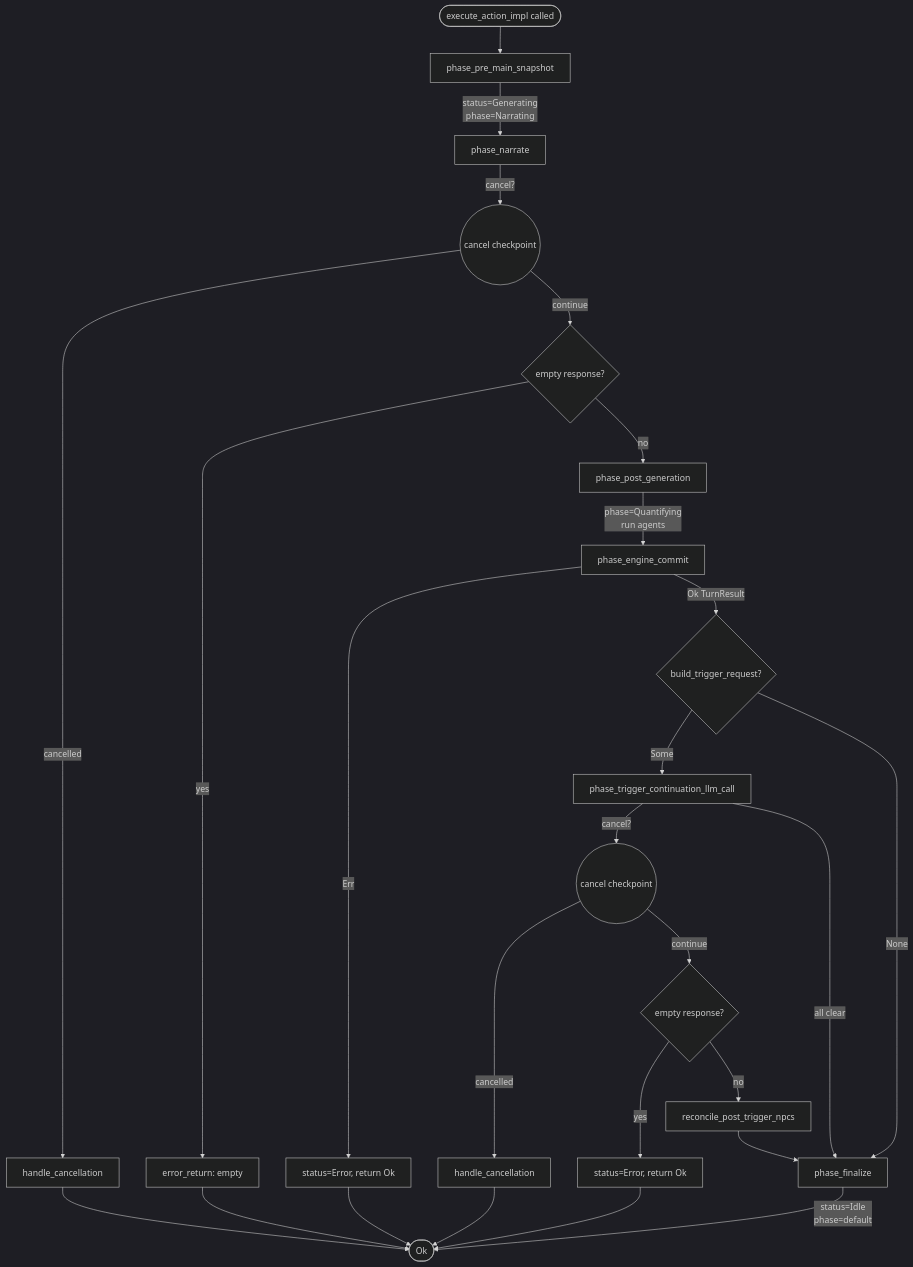
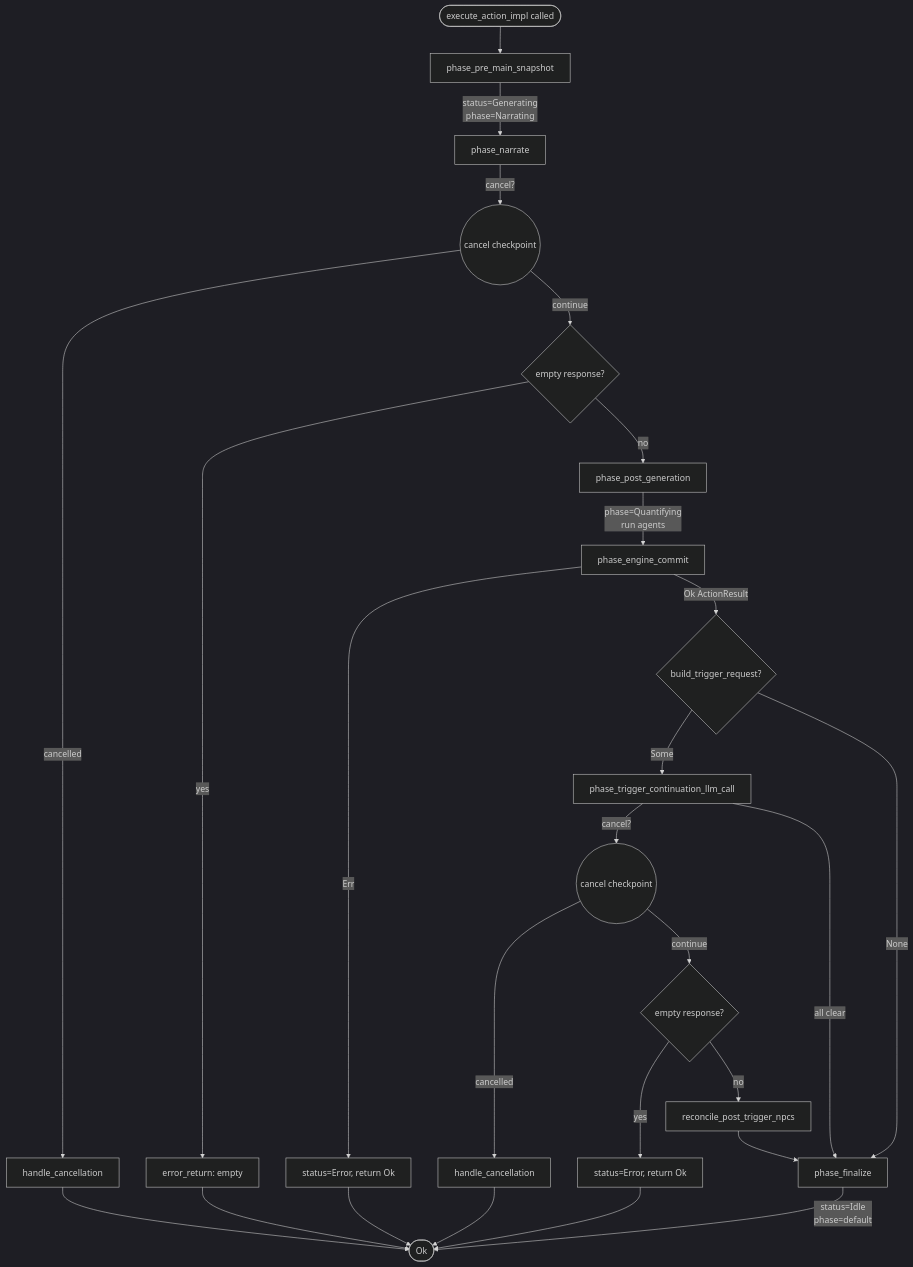
Before and after one commit to notsonormal/chronicler-engine: the second of 2 diagrams in chronicler_engine/docs/system/action_pipeline.md, drawn with Mermaid (dark theme). The commit also changed 62 other files, not shown here.

````diff
--- a/chronicler_engine/docs/system/action_pipeline.md
+++ b/chronicler_engine/docs/system/action_pipeline.md
@@ -69,28 +69,28 @@
 ```mermaid
 flowchart TD
     Start([execute_action_impl called]) --> Pre[phase_pre_main_snapshot]
     Pre -->|status=Generating<br/>phase=Narrating| Narrate[phase_narrate]
     Narrate -->|cancel?| CC1((cancel checkpoint))
     CC1 -->|cancelled| HC1[handle_cancellation]
     CC1 -->|continue| EmptyCheck{empty response?}
     EmptyCheck -->|yes| ErrEmpty[error_return: empty]
     EmptyCheck -->|no| PostGen[phase_post_generation]
     PostGen -->|phase=Quantifying<br/>run agents| Commit[phase_engine_commit]
     Commit -->|Err| ErrEngine[status=Error, return Ok]
-    Commit -->|Ok TurnResult| TriggerReq{build_trigger_request?}
+    Commit -->|Ok ActionResult| TriggerReq{build_trigger_request?}
     TriggerReq -->|Some| TriggerCont[phase_trigger_continuation_llm_call]
     TriggerReq -->|None| Finalize
     TriggerCont -->|cancel?| CC2((cancel checkpoint))
     CC2 -->|cancelled| HC2[handle_cancellation]
     CC2 -->|continue| TriggerEmpty{empty response?}
     TriggerEmpty -->|yes| ErrTrigger[status=Error, return Ok]
     TriggerEmpty -->|no| Reconcile[reconcile_post_trigger_npcs]
     Reconcile --> Finalize
     TriggerCont -->|all clear| Finalize[phase_finalize]
     Finalize -->|status=Idle<br/>phase=default| End([Ok])
     HC1 --> End
     HC2 --> End
     ErrEmpty --> End
     ErrEngine --> End
     ErrTrigger --> End
 ```
````
